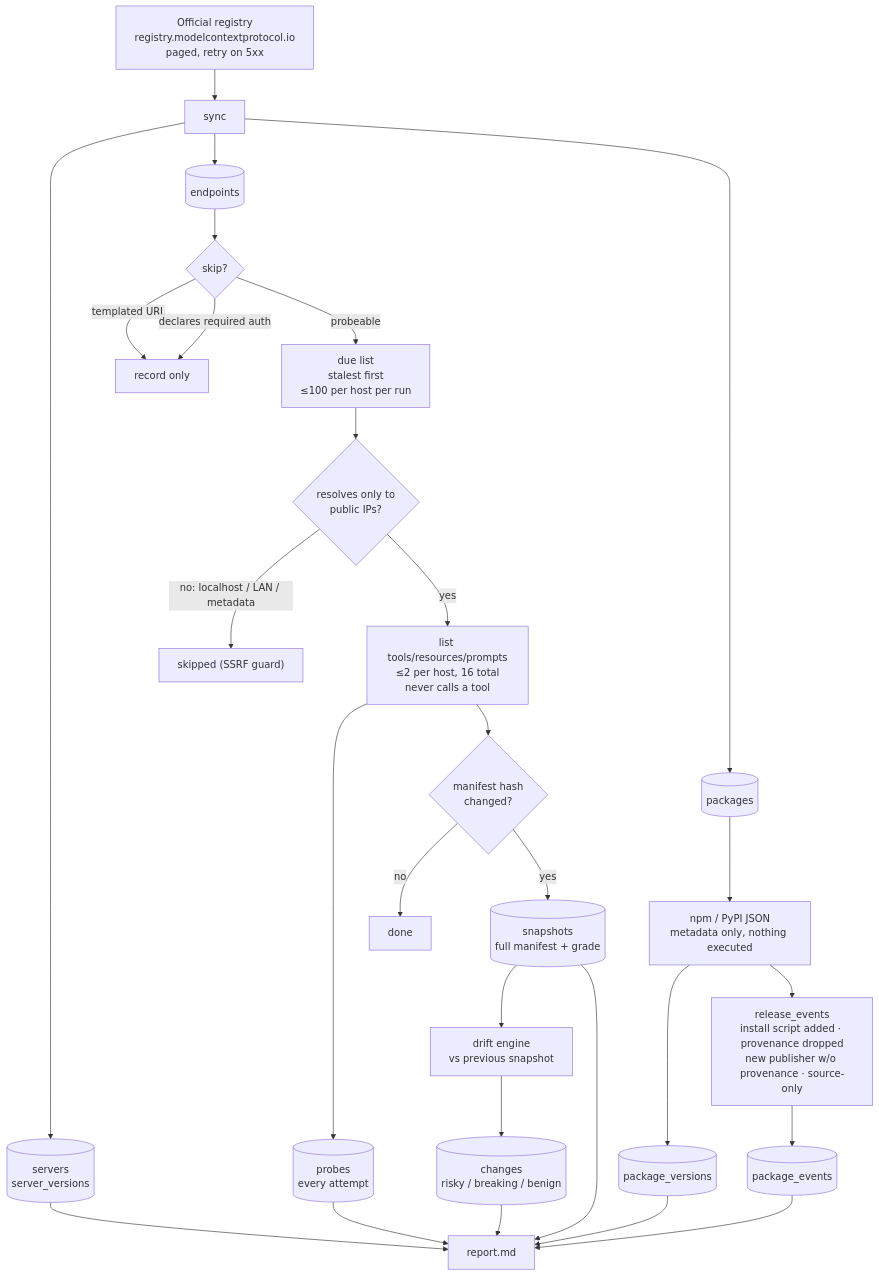
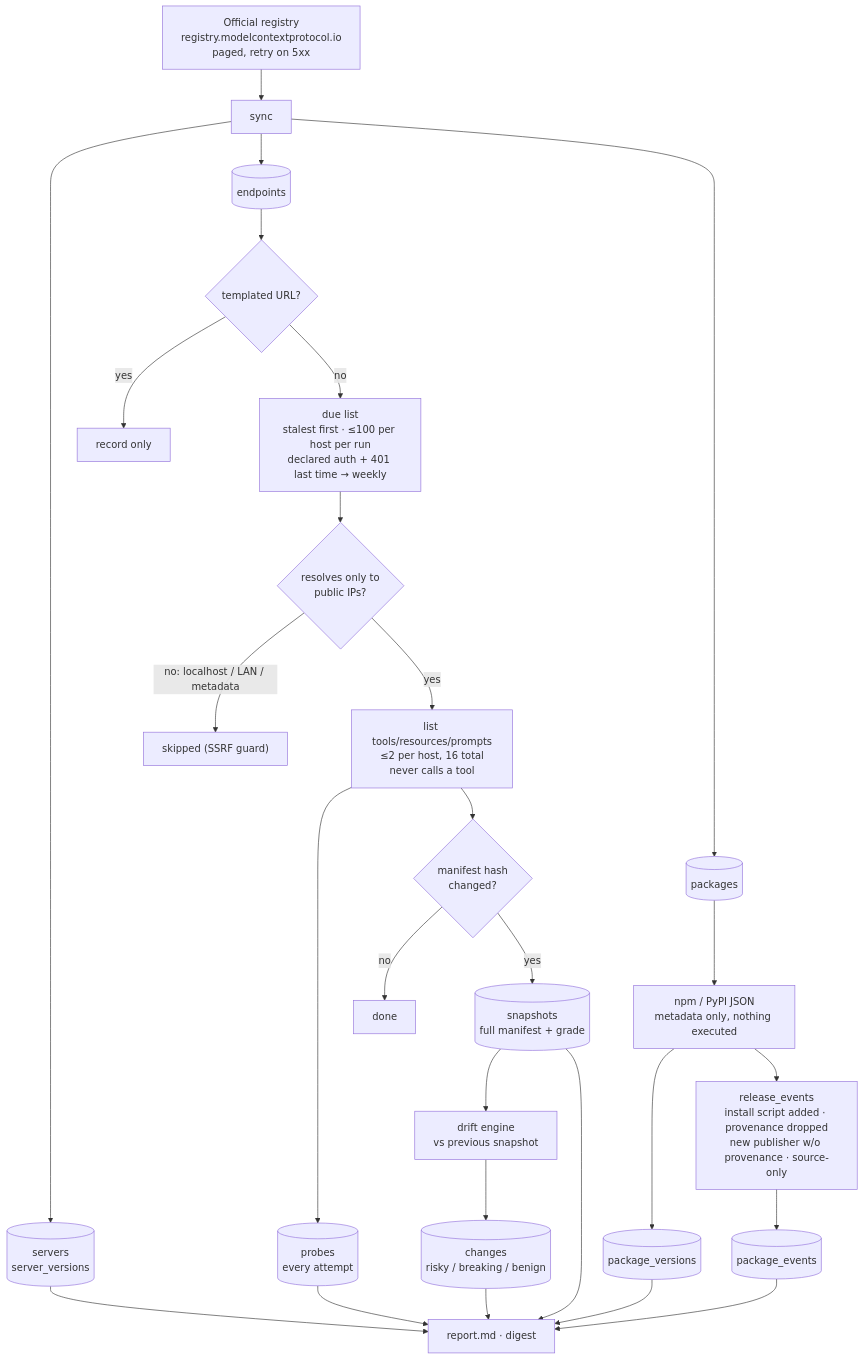
One commit to SomehowLiving/sniffmcp changed the sixth of 8 diagrams in ARCHITECTURE.md. Above: the diagram before and after it, drawn with Mermaid. The commit also changed other lines of this file and 9 other files, not shown here.

Commit message:
Docs: product docs in docs/ (getting started, detection reference, watching, GitHub Action, OAuth, crawler method); refresh ARCHITECTURE and README

````diff
--- a/ARCHITECTURE.md
+++ b/ARCHITECTURE.md
@@ -176,28 +189,27 @@
 ```mermaid
 flowchart TD
     REG["Official registry<br/>registry.modelcontextprotocol.io<br/>paged, retry on 5xx"] --> SYNC["sync"]
     SYNC --> SV[("servers<br/>server_versions")]
     SYNC --> EP[("endpoints")]
     SYNC --> PK[("packages")]
 
-    EP --> SKIP{"skip?"}
-    SKIP -->|"templated URL"| R1["record only"]
-    SKIP -->|"declares required auth"| R1
-    SKIP -->|probeable| DUE["due list<br/>stalest first<br/>≤100 per host per run"]
+    EP --> SKIP{"templated URL?"}
+    SKIP -->|yes| R1["record only"]
+    SKIP -->|no| DUE["due list<br/>stalest first · ≤100 per host per run<br/>declared auth + 401 last time → weekly"]
     DUE --> GUARD{"resolves only to<br/>public IPs?"}
     GUARD -->|"no: localhost / LAN / metadata"| R2["skipped (SSRF guard)"]
     GUARD -->|yes| PROBE["list tools/resources/prompts<br/>≤2 per host, 16 total<br/>never calls a tool"]
     PROBE --> PR[("probes<br/>every attempt")]
     PROBE --> HCH{"manifest hash<br/>changed?"}
     HCH -->|no| DONE["done"]
     HCH -->|yes| SNAP[("snapshots<br/>full manifest + grade")]
     SNAP --> DRIFT["drift engine<br/>vs previous snapshot"]
     DRIFT --> CH[("changes<br/>risky / breaking / benign")]
 
     PK --> META["npm / PyPI JSON<br/>metadata only, nothing executed"]
     META --> PV[("package_versions")]
     META --> EV["release_events<br/>install script added · provenance dropped<br/>new publisher w/o provenance · source-only"]
     EV --> PE[("package_events")]
 
-    SV & PR & SNAP & CH & PV & PE --> REP["report.md"]
+    SV & PR & SNAP & CH & PV & PE --> REP["report.md · digest"]
 ```
````
